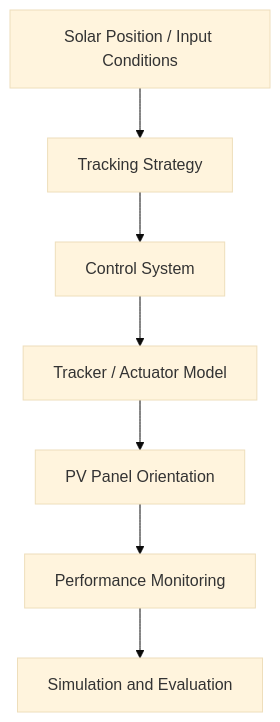
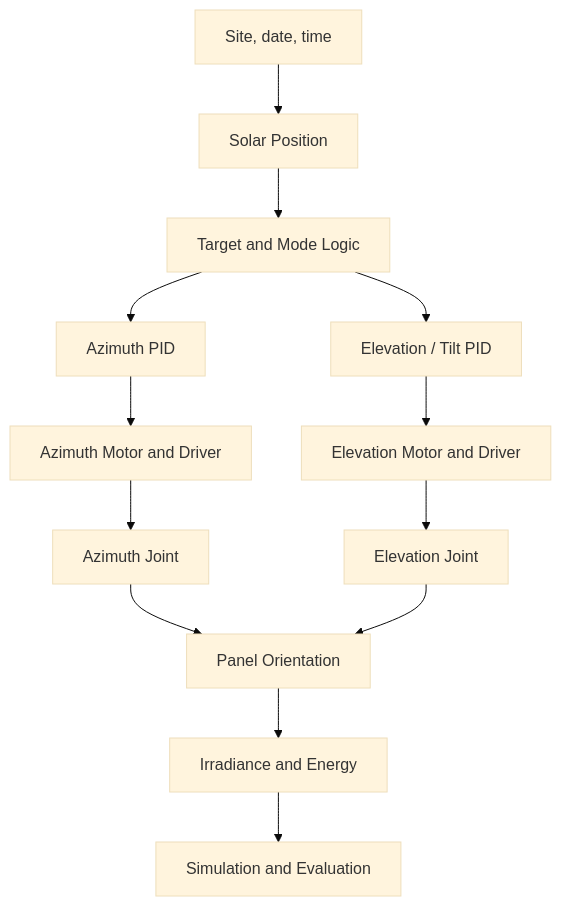
The diagram in README.md (JhonsJSSimatupang/Solar-Tracker-Control-Simulation), drawn with Mermaid (base theme) before and after one commit. The commit also changed other lines of this file and 34 other files, not shown here.

First line of the commit message:
feat: add dual-axis tracker foundation and G2 actuator sizing

````diff
--- a/README.md
+++ b/README.md
@@ -45,9 +46,15 @@
 ```mermaid
 flowchart TD
-    A[Solar Position / Input Conditions] --> B[Tracking Strategy]
-    B --> C[Control System]
-    C --> D[Tracker / Actuator Model]
-    D --> E[PV Panel Orientation]
-    E --> F[Performance Monitoring]
-    F --> G[Simulation and Evaluation]
+    A[Site, date, time] --> B[Solar Position]
+    B --> C[Target and Mode Logic]
+    C --> D1[Azimuth PID]
+    C --> D2[Elevation / Tilt PID]
+    D1 --> E1[Azimuth Motor and Driver]
+    D2 --> E2[Elevation Motor and Driver]
+    E1 --> F1[Azimuth Joint]
+    E2 --> F2[Elevation Joint]
+    F1 --> G[Panel Orientation]
+    F2 --> G
+    G --> H[Irradiance and Energy]
+    H --> I[Simulation and Evaluation]
 ```
````
